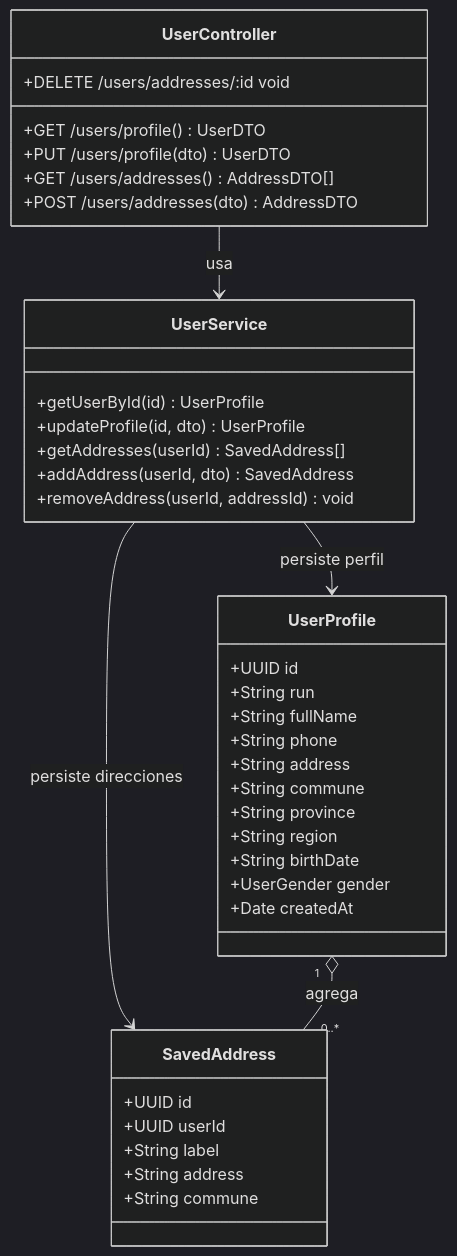
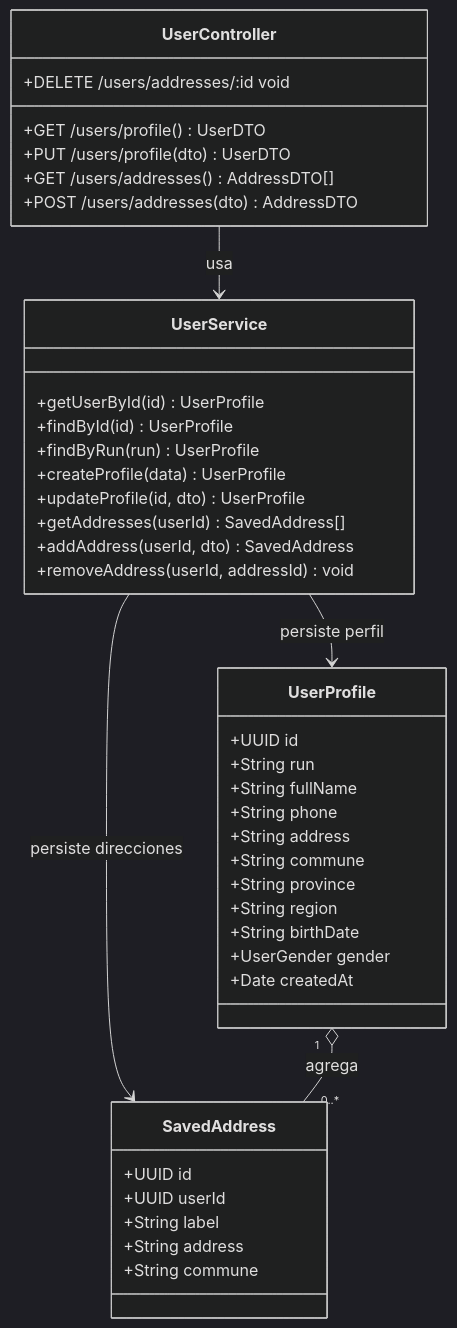
The fifth of 12 diagrams in BackEnd-Arquitectura.md (holyusm/INF-301-WWW), drawn with Mermaid (dark theme) before and after one commit. The commit also changed other lines of this file, not shown here.

````diff
--- a/BackEnd-Arquitectura.md
+++ b/BackEnd-Arquitectura.md
@@ -853,45 +843,48 @@
 ```mermaid
 classDiagram
     class UserController {
         +GET /users/profile() UserDTO
         +PUT /users/profile(dto) UserDTO
         +GET /users/addresses() AddressDTO[]
         +POST /users/addresses(dto) AddressDTO
         +DELETE /users/addresses/:id void
     }
 
     class UserService {
         +getUserById(id) UserProfile
+        +findById(id) UserProfile
+        +findByRun(run) UserProfile
+        +createProfile(data) UserProfile
         +updateProfile(id, dto) UserProfile
         +getAddresses(userId) SavedAddress[]
         +addAddress(userId, dto) SavedAddress
         +removeAddress(userId, addressId) void
     }
 
     class UserProfile {
         +UUID id
         +String run
         +String fullName
         +String phone
         +String address
         +String commune
         +String province
         +String region
         +String birthDate
         +UserGender gender
         +Date createdAt
     }
 
     class SavedAddress {
         +UUID id
         +UUID userId
         +String label
         +String address
         +String commune
     }
 
     UserController --> UserService : usa
     UserService --> UserProfile : persiste perfil
     UserService --> SavedAddress : persiste direcciones
     UserProfile "1" o-- "0..*" SavedAddress : agrega
 ```
````
